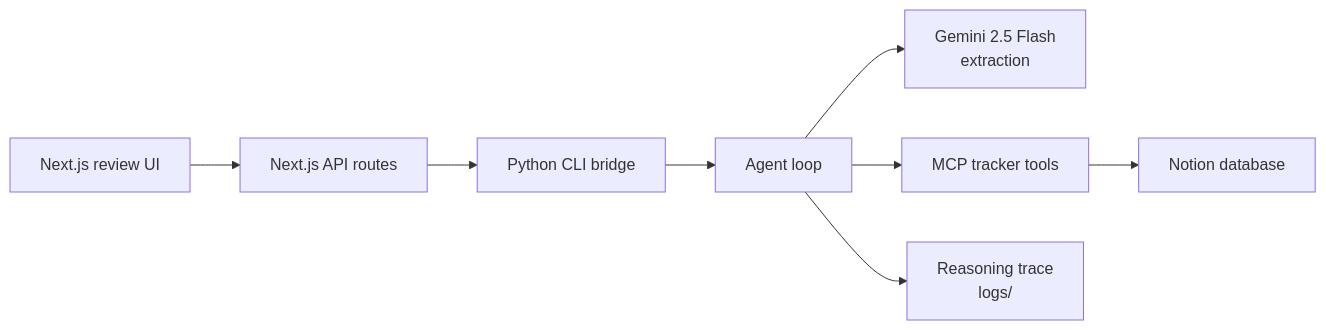
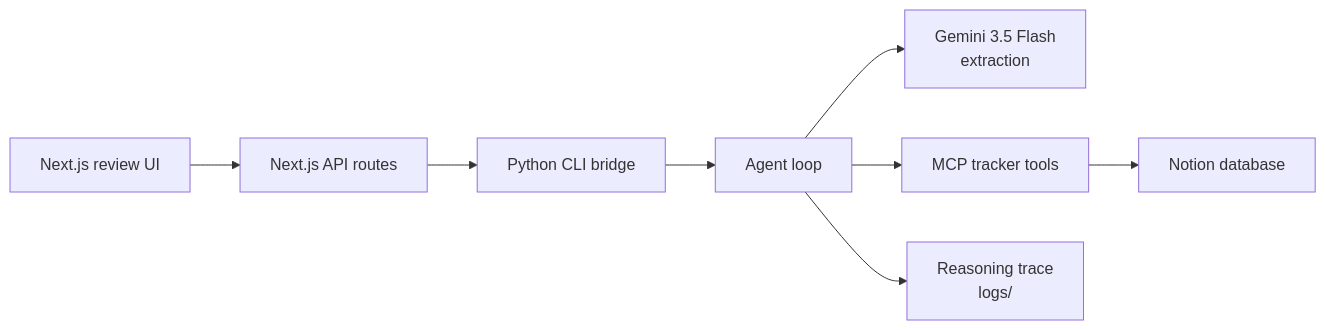
The first of 2 diagrams in README.md (het2576/Docket-MCP), drawn with Mermaid before and after one commit. The commit also changed other lines of this file and 30 other files, not shown here.

````diff
--- a/README.md
+++ b/README.md
@@ -60,10 +60,10 @@
 ```mermaid
 flowchart LR
   UI[Next.js review UI] --> API[Next.js API routes]
   API --> CLI[Python CLI bridge]
   CLI --> Agent[Agent loop]
-  Agent --> Gemini[Gemini 2.5 Flash\nextraction]
+  Agent --> Gemini[Gemini 3.5 Flash\nextraction]
   Agent --> MCP[MCP tracker tools]
   MCP --> Notion[Notion database]
   Agent --> Logs[Reasoning trace\nlogs/]
 ```
````
